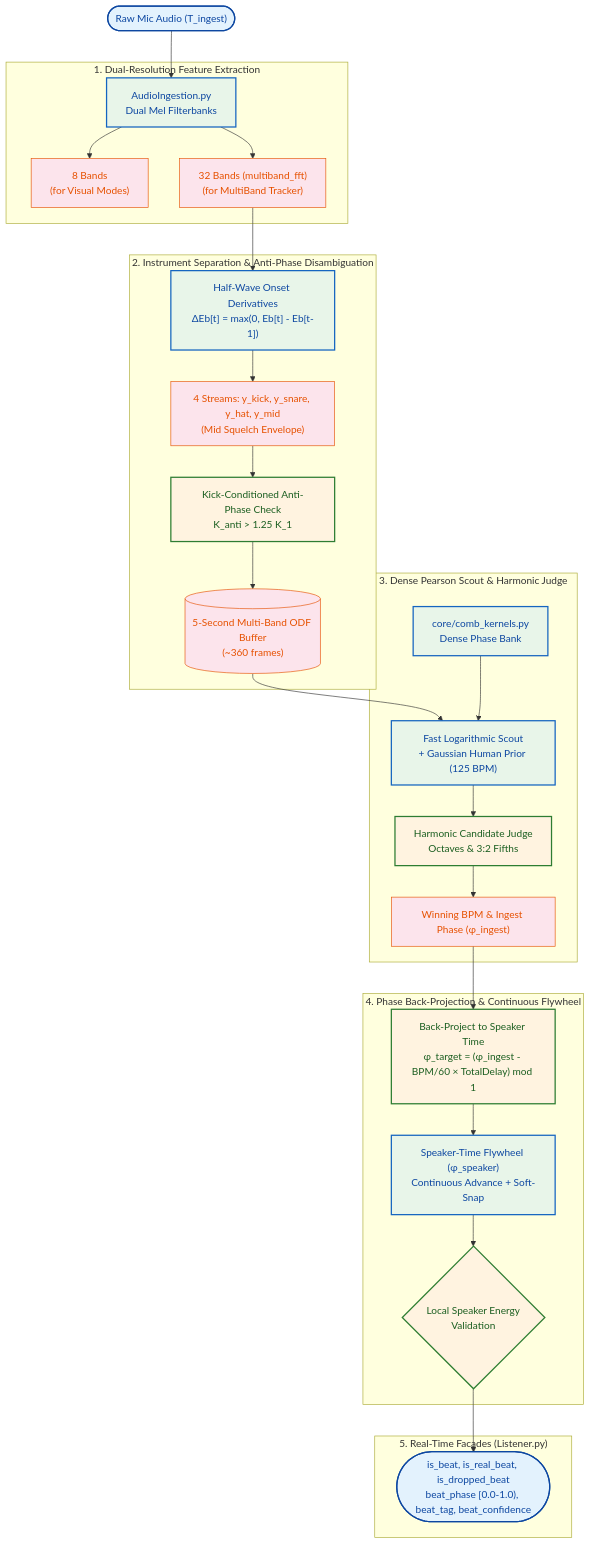
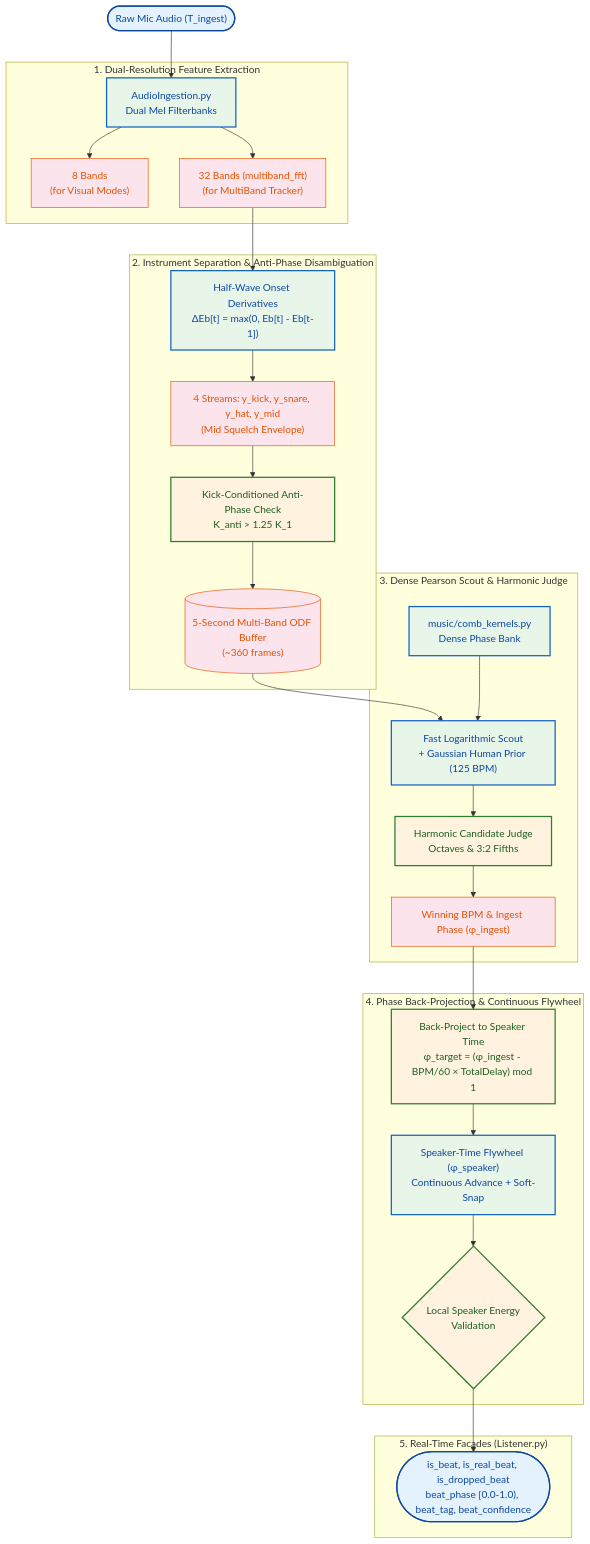
The diagram in .agents/docs/rhythm_tracker_architecture.md (LucRobey/vialactee), drawn with Mermaid before and after one commit. The commit also changed other lines of this file and 82 other files, not shown here.

````diff
--- a/.agents/docs/rhythm_tracker_architecture.md
+++ b/.agents/docs/rhythm_tracker_architecture.md
@@ -62,56 +62,56 @@
 ```mermaid
 flowchart TD
     classDef io fill:#e3f2fd,stroke:#0d47a1,stroke-width:2px,color:#0d47a1
     classDef engine fill:#e8f5e9,stroke:#1565c0,stroke-width:2px,color:#0d47a1
     classDef logic fill:#fff3e0,stroke:#2e7d32,stroke-width:2px,color:#1b5e20
     classDef data fill:#fce4ec,stroke:#e65100,stroke-width:1px,color:#e65100
 
     AudioIn(["Raw Mic Audio (T_ingest)"]):::io
     
     subgraph "1. Dual-Resolution Feature Extraction"
         FFT["AudioIngestion.py\nDual Mel Filterbanks"]:::engine
         Bands8["8 Bands\n(for Visual Modes)"]:::data
         Bands32["32 Bands (multiband_fft)\n(for MultiBand Tracker)"]:::data
     end
 
     subgraph "2. Instrument Separation & Anti-Phase Disambiguation"
         Deriv["Half-Wave Onset Derivatives\nΔEb[t] = max(0, Eb[t] - Eb[t-1])"]:::engine
         Streams["4 Streams: y_kick, y_snare, y_hat, y_mid\n(Mid Squelch Envelope)"]:::data
         AntiPhase["Kick-Conditioned Anti-Phase Check\nK_anti > 1.25 K_1"]:::logic
         ODF[("5-Second Multi-Band ODF Buffer\n(~360 frames)")]:::data
     end
 
     subgraph "3. Dense Pearson Scout & Harmonic Judge"
-        Kernels["core/comb_kernels.py\nDense Phase Bank"]:::engine
+        Kernels["music/comb_kernels.py\nDense Phase Bank"]:::engine
         Scout["Fast Logarithmic Scout\n+ Gaussian Human Prior (125 BPM)"]:::engine
         Judge["Harmonic Candidate Judge\nOctaves & 3:2 Fifths"]:::logic
         Winner["Winning BPM & Ingest Phase (φ_ingest)"]:::data
     end
 
     subgraph "4. Phase Back-Projection & Continuous Flywheel"
         BackProj["Back-Project to Speaker Time\nφ_target = (φ_ingest - BPM/60 × TotalDelay) mod 1"]:::logic
         Flywheel["Speaker-Time Flywheel (φ_speaker)\nContinuous Advance + Soft-Snap"]:::engine
         EnergyCheck{"Local Speaker Energy\nValidation"}:::logic
     end
 
     subgraph "5. Real-Time Facades (Listener.py)"
         BeatsOut(["is_beat, is_real_beat, is_dropped_beat\nbeat_phase [0.0-1.0), beat_tag, beat_confidence"]):::io
     end
 
     %% Connections
     AudioIn --> FFT
     FFT --> Bands8
     FFT --> Bands32
     Bands32 --> Deriv
     Deriv --> Streams
     Streams --> AntiPhase
     AntiPhase --> ODF
     ODF --> Scout
     Kernels --> Scout
     Scout --> Judge
     Judge --> Winner
     Winner --> BackProj
     BackProj --> Flywheel
     Flywheel --> EnergyCheck
     EnergyCheck --> BeatsOut
 ```
````
